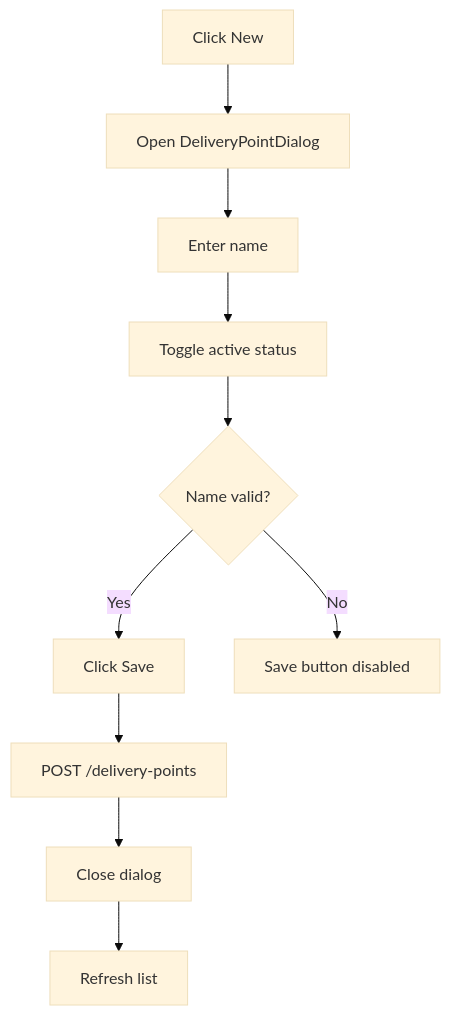
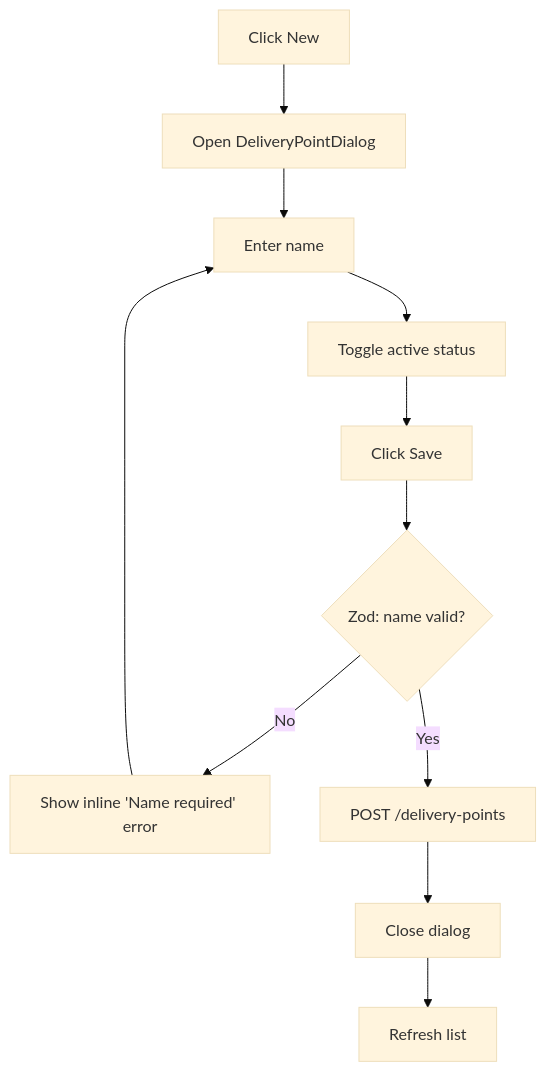
Before and after one commit to CarmenSoftware-organization/carmen-wiki: the second of 3 diagrams in en/inventory/master-data/delivery-point.md, drawn with Mermaid (base theme). The commit also changed other lines of this file and 20 other files, not shown here.

Commit message:
fix(product,master-data,recipe): correct 13 diagrams against code, drop disabled-export diagram (review round 1)

````diff
--- a/en/inventory/master-data/delivery-point.md
+++ b/en/inventory/master-data/delivery-point.md
@@ -52,12 +52,13 @@
 ```mermaid
 flowchart TD
     A["Click New"] --> B["Open DeliveryPointDialog"]
     B --> C["Enter name"]
     C --> D["Toggle active status"]
-    D --> E{"Name valid?"}
-    E -->|"Yes"| F["Click Save"]
-    E -->|"No"| G["Save button disabled"]
-    F --> H["POST /delivery-points"]
+    D --> E["Click Save"]
+    E --> F{"Zod: name valid?"}
+    F -->|"No"| G["Show inline 'Name required' error"]
+    G --> C
+    F -->|"Yes"| H["POST /delivery-points"]
     H --> I["Close dialog"]
     I --> J["Refresh list"]
 ```
````
